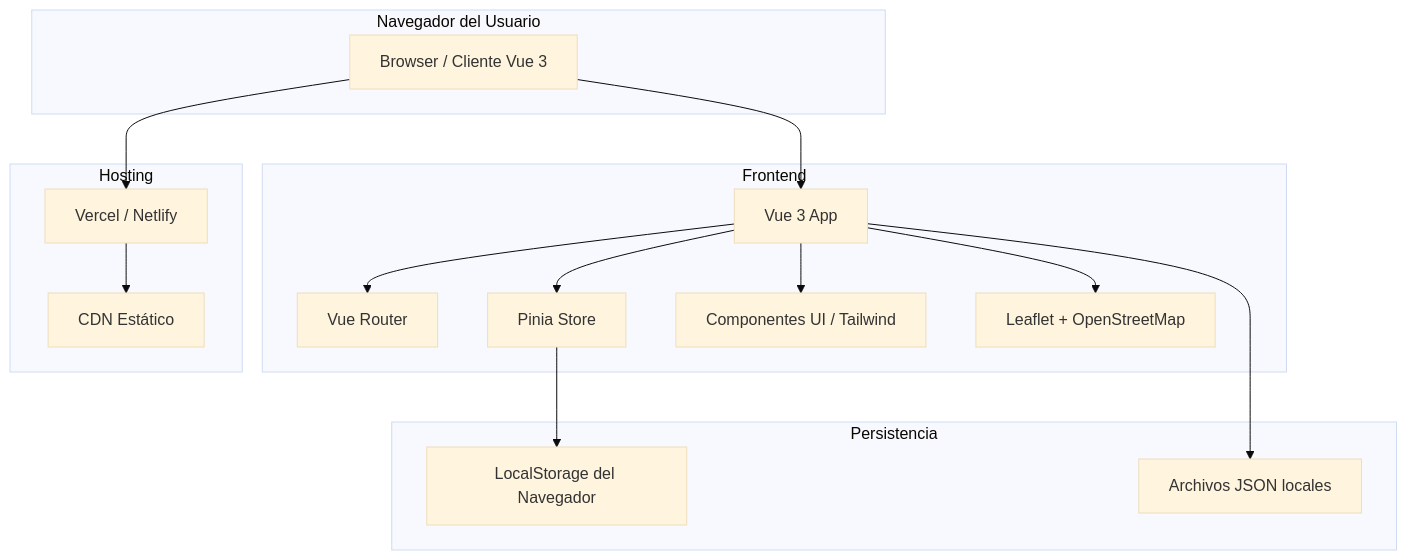
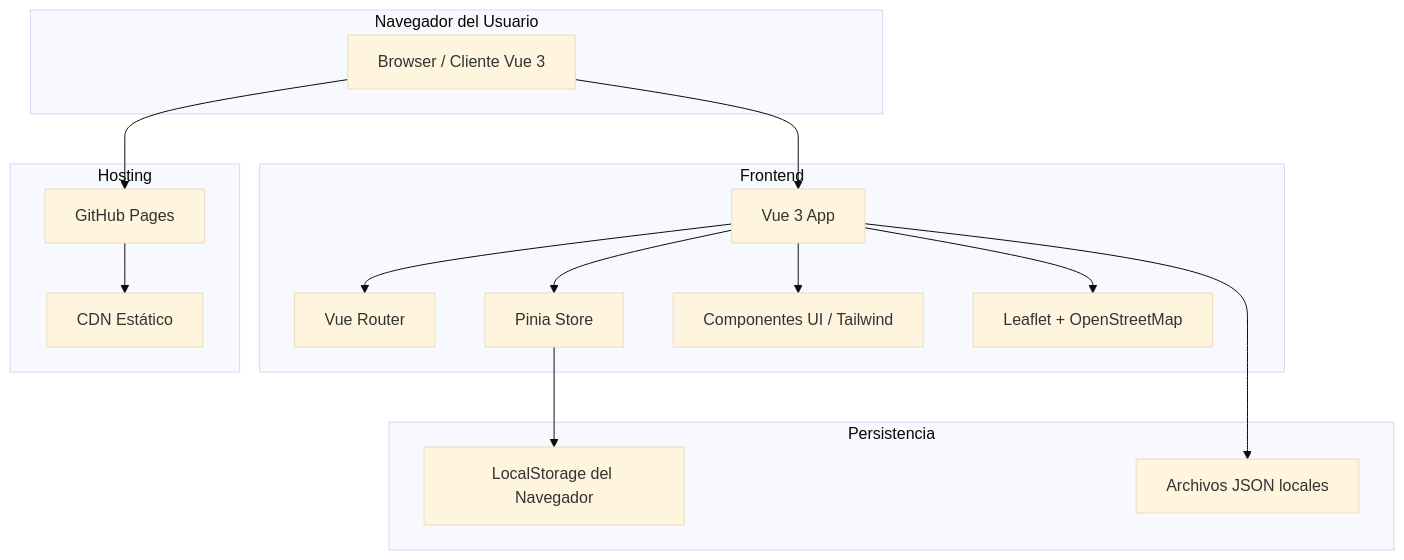
One commit to beyner62838/Bug-hunters changed the first of 3 diagrams in docsHackathon/UML_NODOS.md. Above: the diagram before and after it, drawn with Mermaid (base theme). The commit also changed other lines of this file, not shown here.

Commit message:
Update UML documentation to reflect GitHub Pages as the hosting solution

````diff
--- a/docsHackathon/UML_NODOS.md
+++ b/docsHackathon/UML_NODOS.md
@@ -13,34 +13,34 @@
 ```mermaid
 flowchart TB
   subgraph Navegador del Usuario
     Browser[Browser / Cliente Vue 3]
   end
 
   subgraph Frontend
     App[Vue 3 App]
     Router[Vue Router]
     Store[Pinia Store]
     UI[Componentes UI / Tailwind]
     Maps[Leaflet + OpenStreetMap]
   end
 
   subgraph Persistencia
     LocalStorage[LocalStorage del Navegador]
     JSONMock[Archivos JSON locales]
   end
 
   subgraph Hosting
-    Vercel[Vercel / Netlify]
+    GitHubPages[GitHub Pages]
     CDN[CDN Estático]
   end
 
   Browser --> App
   App --> Router
   App --> Store
   App --> UI
   App --> Maps
   Store --> LocalStorage
   App --> JSONMock
-  Browser --> Vercel
-  Vercel --> CDN
+  Browser --> GitHubPages
+  GitHubPages --> CDN
 ```
````
